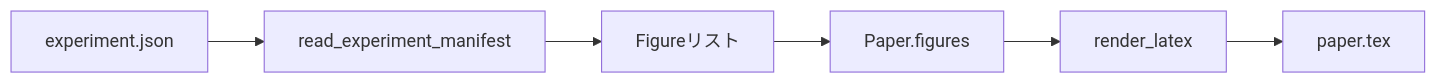
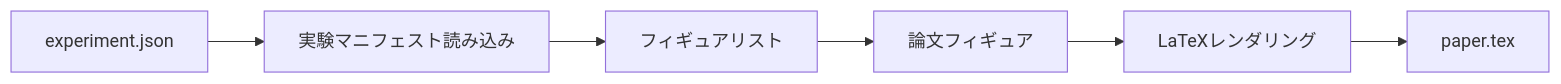
One commit to shoshoshomen/synapse-academy changed the second of 3 diagrams in content/phases/19-capstone-projects/54-paper-writer/lesson.ja.md. Above: the diagram before and after it, drawn with Mermaid. The commit also changed other lines of this file and 124 other files, not shown here.

First line of the commit message:
feat(i18n): mermaid図のラベルを日本語化(194レッスン/374図)

````diff
--- a/content/phases/19-capstone-projects/54-paper-writer/lesson.ja.md
+++ b/content/phases/19-capstone-projects/54-paper-writer/lesson.ja.md
@@ -50,8 +50,8 @@
 ```mermaid
 flowchart LR
-    Exp[experiment.json] --> Reader[read_experiment_manifest]
-    Reader --> Figs[Figureリスト]
-    Figs --> Paper[Paper.figures]
-    Paper --> Render[render_latex]
-    Render --> Out[paper.tex]
+    Exp["experiment.json"] --> Reader["実験マニフェスト読み込み"]
+    Reader --> Figs["フィギュアリスト"]
+    Figs --> Paper["論文フィギュア"]
+    Paper --> Render["LaTeXレンダリング"]
+    Render --> Out["paper.tex"]
 ```
````
